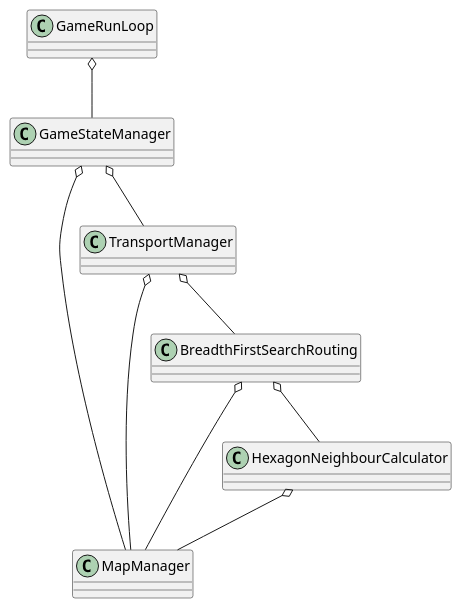
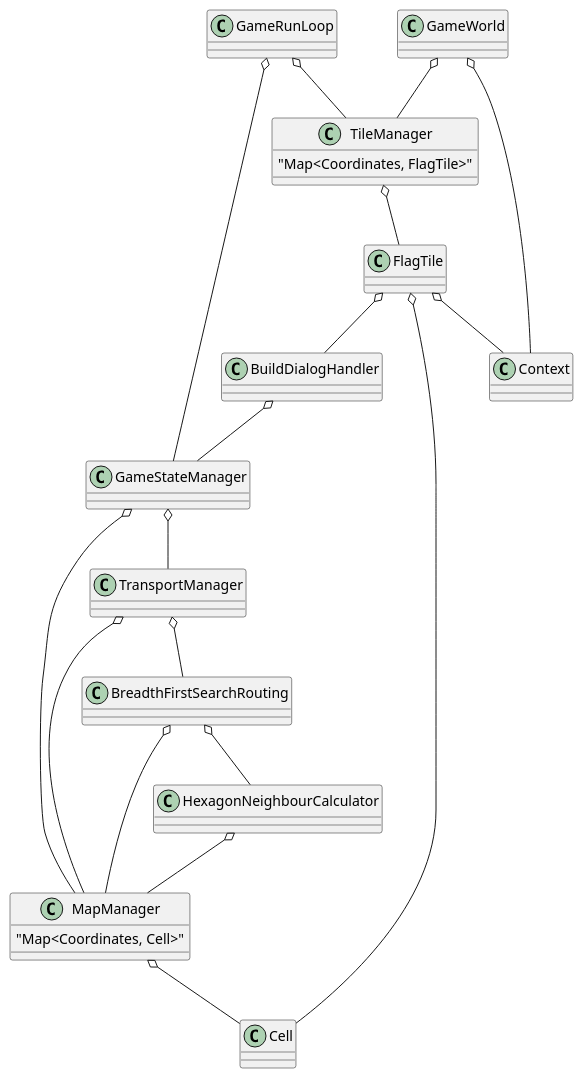
The diagram in Overview.puml (Ti-m/TownshipSurvival), drawn with PlantUML before and after one commit. The commit also changed 5 other files, not shown here.

Commit message:
Add TileManager class and instantly redraw cells after selection in BuildDialog

```diff
--- a/Overview.puml
+++ b/Overview.puml
@@ -1,13 +1,34 @@
 @startuml
 GameRunLoop o-- GameStateManager
+GameRunLoop o-- TileManager
+
 GameStateManager o-- MapManager
 GameStateManager o-- TransportManager
 
 TransportManager o-- MapManager
 TransportManager o-- BreadthFirstSearchRouting
 
 HexagonNeighbourCalculator o-- MapManager
 
 BreadthFirstSearchRouting o-- MapManager
 BreadthFirstSearchRouting o-- HexagonNeighbourCalculator
+
+BuildDialogHandler o-- GameStateManager
+
+GameWorld o-- Context
+GameWorld o-- TileManager
+
+class TileManager {
+    "Map<Coordinates, FlagTile>"
+}
+TileManager o-- FlagTile
+
+class MapManager {
+    "Map<Coordinates, Cell>"
+}
+MapManager o-- Cell
+
+FlagTile o-- Cell
+FlagTile o-- BuildDialogHandler
+FlagTile o-- Context
 @enduml
```
